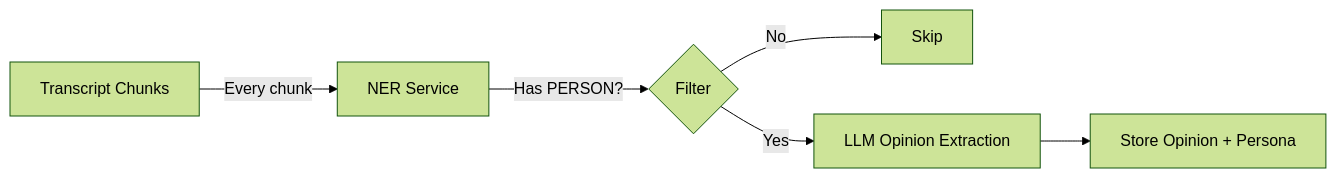
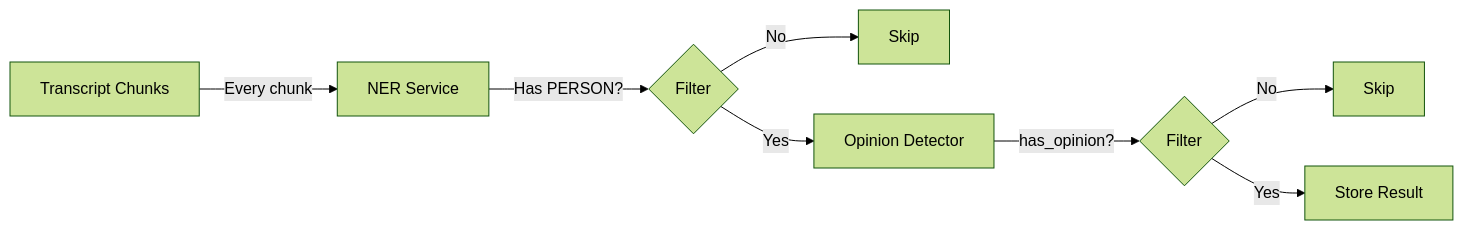
One commit to dremdem/media_rag_pipeline changed the fourth of 4 diagrams in docs/ARCHITECTURE.md. Above: the diagram before and after it, drawn with Mermaid (forest theme). The commit also changed other lines of this file and 8 other files, not shown here.

First line of the commit message:
feat: add Opinion Detector service

````diff
--- a/docs/ARCHITECTURE.md
+++ b/docs/ARCHITECTURE.md
@@ -76,8 +77,10 @@
 ```mermaid
 graph LR
     A[Transcript Chunks] -->|Every chunk| B[NER Service]
     B -->|Has PERSON?| C{Filter}
     C -->|No| D[Skip]
-    C -->|Yes| E[LLM Opinion Extraction]
-    E --> F[Store Opinion + Persona]
+    C -->|Yes| E[Opinion Detector]
+    E -->|has_opinion?| F{Filter}
+    F -->|No| G[Skip]
+    F -->|Yes| H[Store Result]
 ```
````
